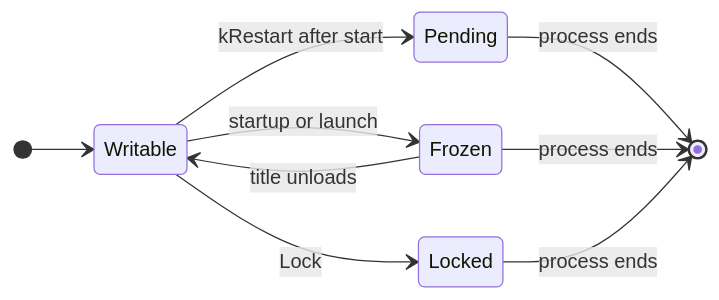
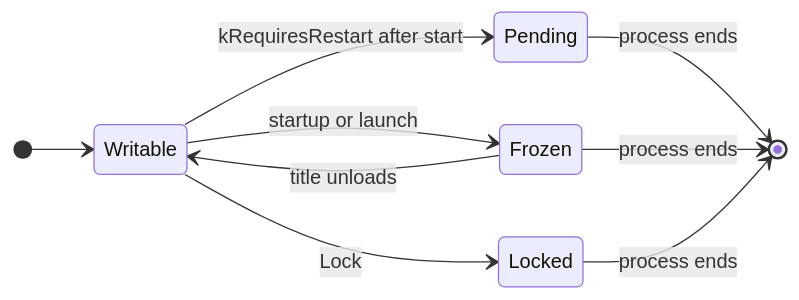
One commit to mzzvxm/LAR-RXSDK changed the second of 2 diagrams in docs/site/pages/app/settings.md. Above: the diagram before and after it, drawn with Mermaid. The commit also changed other lines of this file and 31 other files, not shown here.

````diff
--- a/docs/site/pages/app/settings.md
+++ b/docs/site/pages/app/settings.md
@@ -206,12 +206,12 @@
 ```mermaid
 stateDiagram-v2
     direction LR
     [*] --> Writable
-    Writable --> Pending : kRestart after start
+    Writable --> Pending : kRequiresRestart after start
     Writable --> Frozen : startup or launch
     Frozen --> Writable : title unloads
     Writable --> Locked : Lock
     Pending --> [*] : process ends
     Frozen --> [*] : process ends
     Locked --> [*] : process ends
 ```
````
